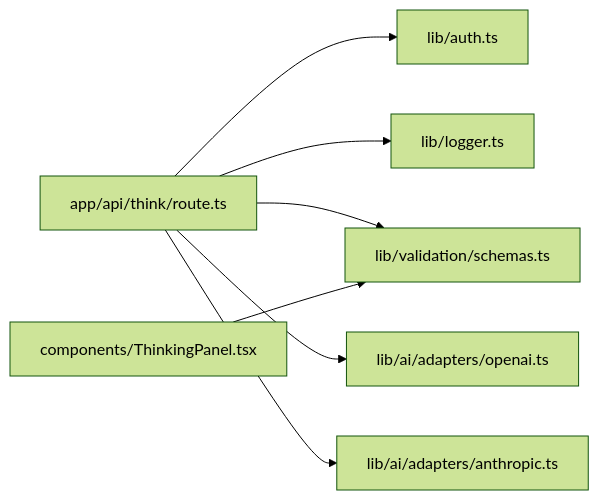
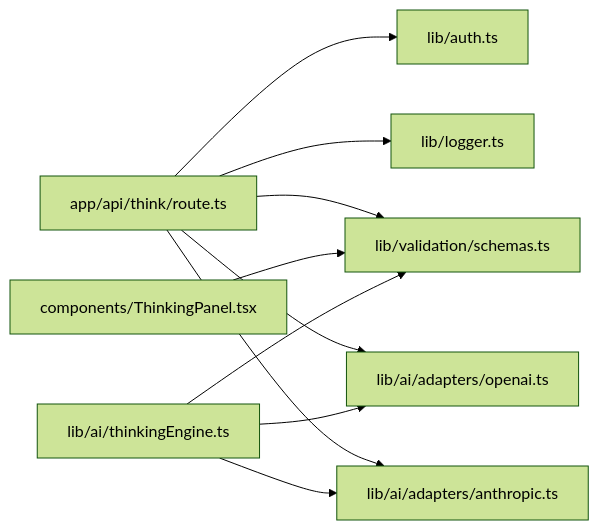
Before and after one commit to shekhargiri005-dotcom/AI-powered-accessibility-first-UI-engine: the seventh of 7 diagrams in .qoder/repowiki/en/content/Thinking Engine.md, drawn with Mermaid (forest theme). The commit also changed other lines of this file and 71 other files, not shown here.

````diff
--- a/.qoder/repowiki/en/content/Thinking Engine.md
+++ b/.qoder/repowiki/en/content/Thinking Engine.md
@@ -344,9 +398,12 @@
 ```mermaid
 graph LR
 API["app/api/think/route.ts"] --> AUTH["lib/auth.ts"]
 API --> LOG["lib/logger.ts"]
 API --> SCHEMAS["lib/validation/schemas.ts"]
 API --> OA["lib/ai/adapters/openai.ts"]
 API --> AC["lib/ai/adapters/anthropic.ts"]
 TP["components/ThinkingPanel.tsx"] --> SCHEMAS
+THINK["lib/ai/thinkingEngine.ts"] --> SCHEMAS
+THINK --> OA
+THINK --> AC
 ```
````
